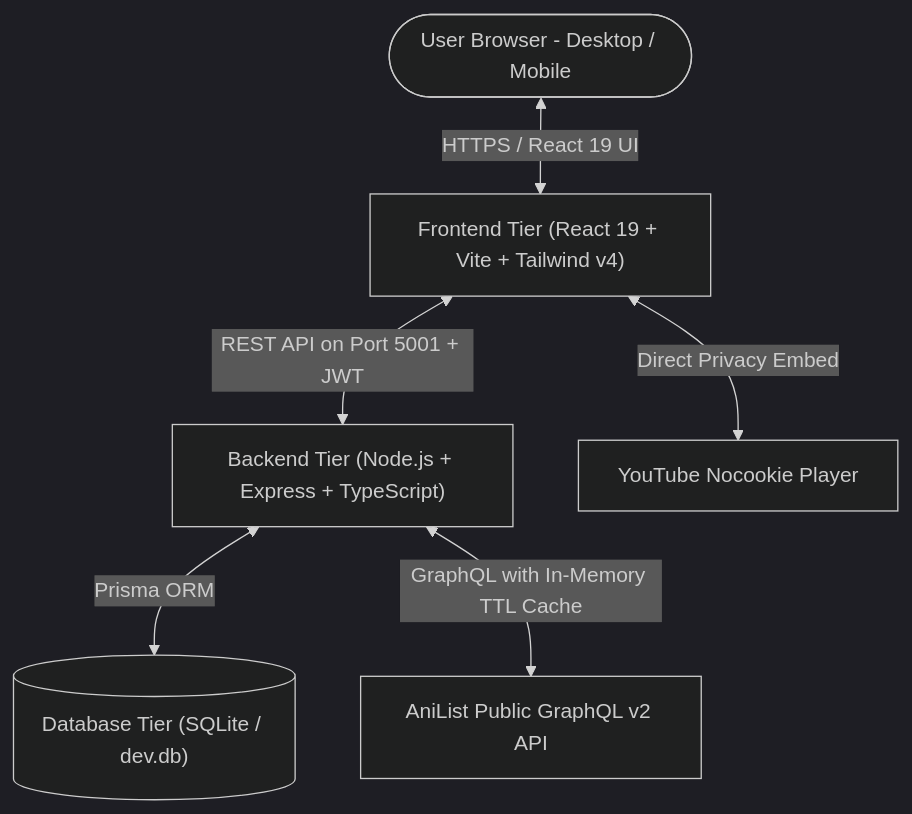
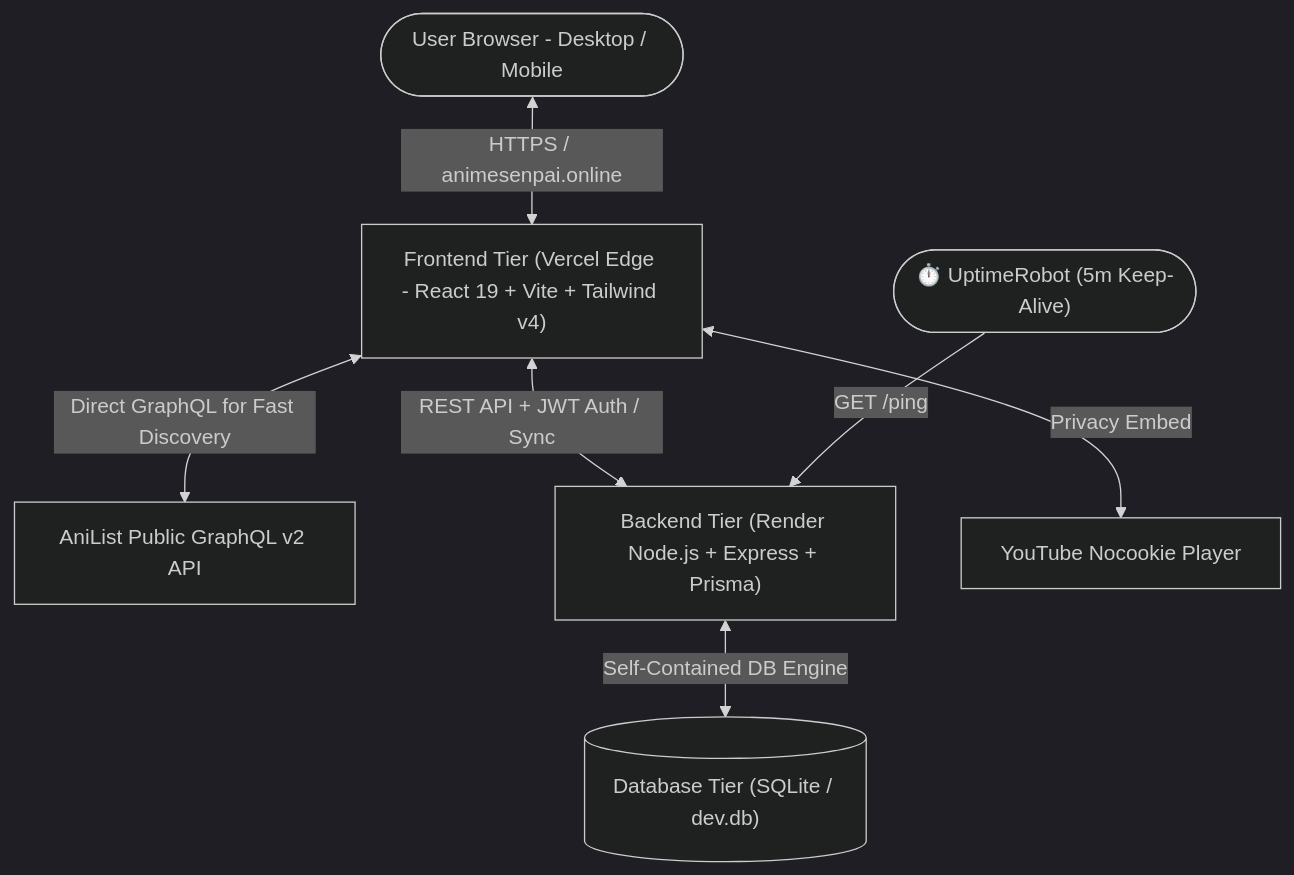
The diagram in README.md (PurohitBhagyesh/anime-watch-recommendation), drawn with Mermaid (dark theme) before and after one commit. The commit also changed other lines of this file and 3 other files, not shown here.

````diff
--- a/README.md
+++ b/README.md
@@ -39,8 +61,9 @@
 ```mermaid
 graph TD
-    User([User Browser - Desktop / Mobile]) <-->|HTTPS / React 19 UI| Frontend["Frontend Tier (React 19 + Vite + Tailwind v4)"]
-    Frontend <-->|REST API on Port 5001 + JWT| Backend["Backend Tier (Node.js + Express + TypeScript)"]
-    Backend <-->|Prisma ORM| Database[("Database Tier (SQLite / dev.db)")]
-    Backend <-->|GraphQL with In-Memory TTL Cache| AniList["AniList Public GraphQL v2 API"]
-    Frontend <-->|Direct Privacy Embed| YouTube["YouTube Nocookie Player"]
+    User([User Browser - Desktop / Mobile]) <-->|HTTPS / animesenpai.online| Vercel["Frontend Tier (Vercel Edge - React 19 + Vite + Tailwind v4)"]
+    Vercel <-->|Direct GraphQL for Fast Discovery| AniList["AniList Public GraphQL v2 API"]
+    Vercel <-->|REST API + JWT Auth / Sync| Render["Backend Tier (Render Node.js + Express + Prisma)"]
+    Render <-->|Self-Contained DB Engine| Database[("Database Tier (SQLite / dev.db)")]
+    UptimeRobot(["⏱️ UptimeRobot (5m Keep-Alive)"]) -->|GET /ping| Render
+    Vercel <-->|Privacy Embed| YouTube["YouTube Nocookie Player"]
 ```
````
